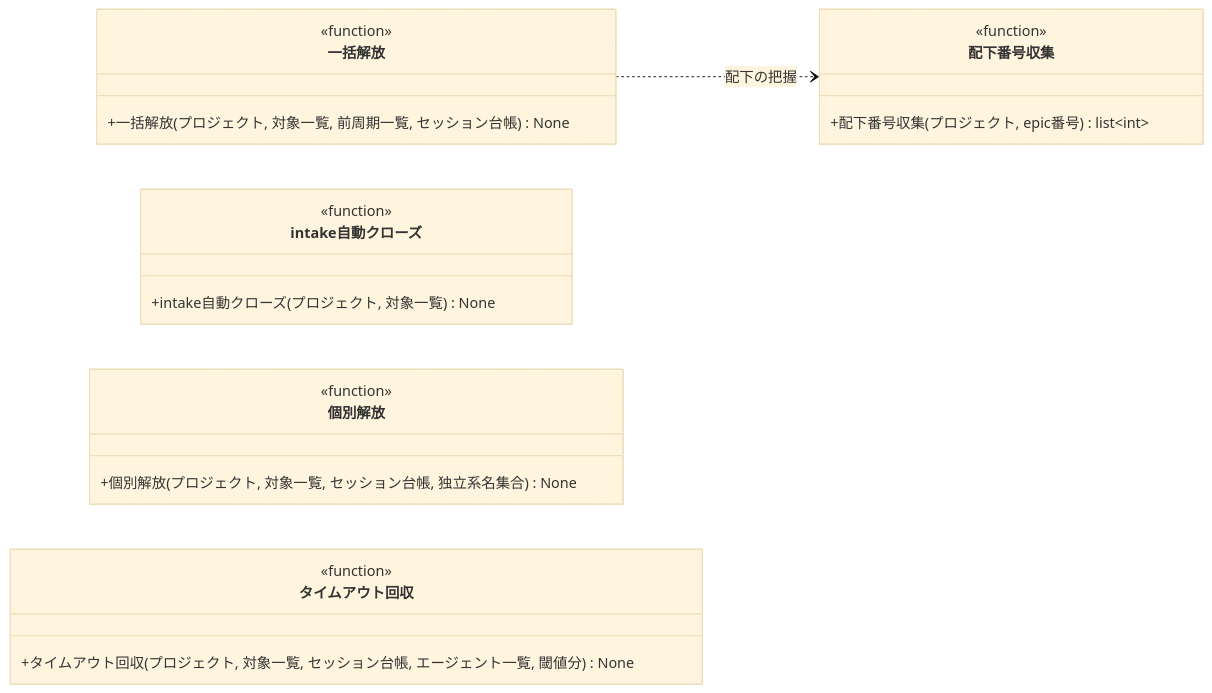
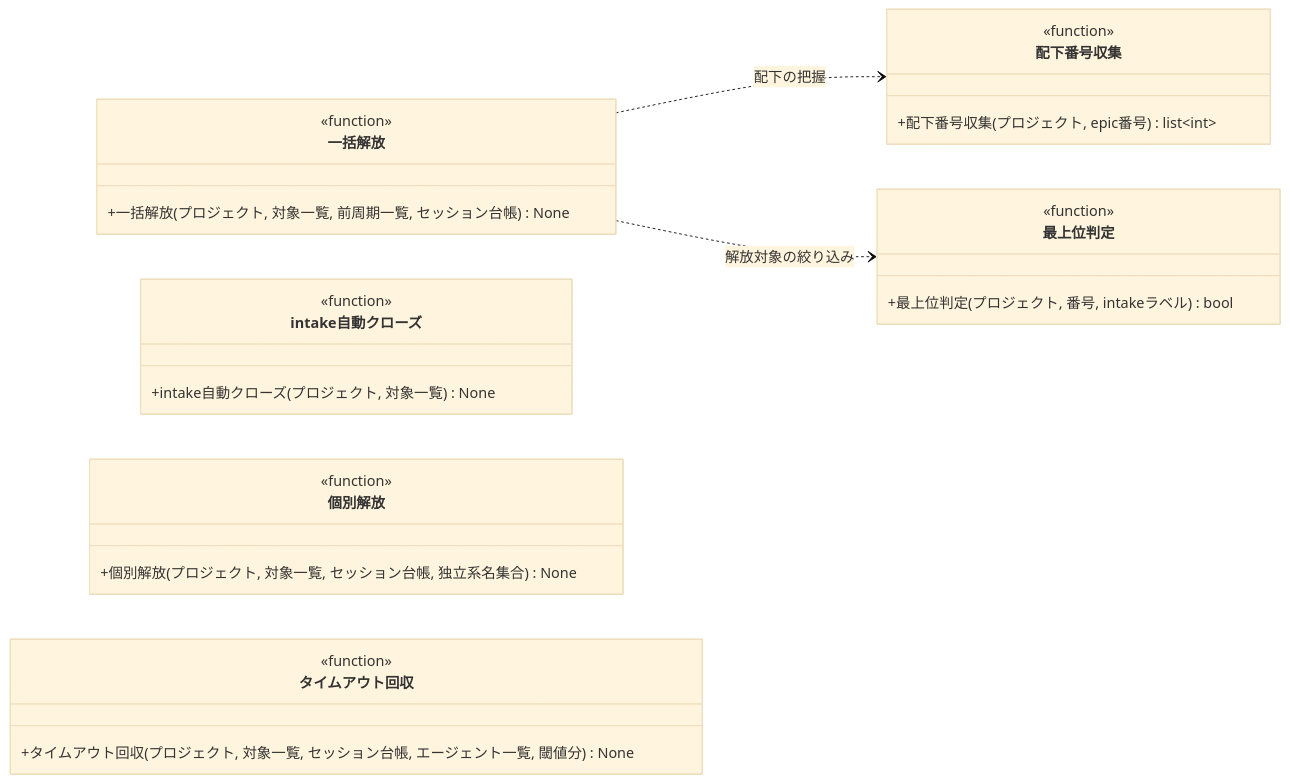
Before and after one commit to shuhei1101/ai-monitor: the diagram in docs/wiki/設計図/モジュール構成/モニター/クリーンアップ.py.md, drawn with Mermaid (base theme). The commit also changed 80 other files, not shown here.

````diff
--- a/docs/wiki/設計図/モジュール構成/モニター/クリーンアップ.py.md
+++ b/docs/wiki/設計図/モジュール構成/モニター/クリーンアップ.py.md
@@ -31,32 +31,38 @@
 ```mermaid
 classDiagram
   direction LR
   一括解放 ..> 配下番号収集 : 配下の把握
+  一括解放 ..> 最上位判定 : 解放対象の絞り込み
 
   class intake自動クローズ {
     <<function>>
     +intake自動クローズ(プロジェクト, 対象一覧) None
   }
   class 一括解放 {
     <<function>>
     +一括解放(プロジェクト, 対象一覧, 前周期一覧, セッション台帳) None
   }
   class 配下番号収集 {
     <<function>>
     +配下番号収集(プロジェクト, epic番号) list~int~
   }
+  class 最上位判定 {
+    <<function>>
+    +最上位判定(プロジェクト, 番号, intakeラベル) bool
+  }
   class 個別解放 {
     <<function>>
     +個別解放(プロジェクト, 対象一覧, セッション台帳, 独立系名集合) None
   }
   class タイムアウト回収 {
     <<function>>
     +タイムアウト回収(プロジェクト, 対象一覧, セッション台帳, エージェント一覧, 閾値分) None
   }
 
   click intake自動クローズ href "#intake-自動クローズ"
   click 一括解放 href "#一括解放"
   click 配下番号収集 href "#配下番号収集"
+  click 最上位判定 href "#最上位判定"
   click 個別解放 href "#個別解放"
   click タイムアウト回収 href "#タイムアウト回収"
 ```
````
